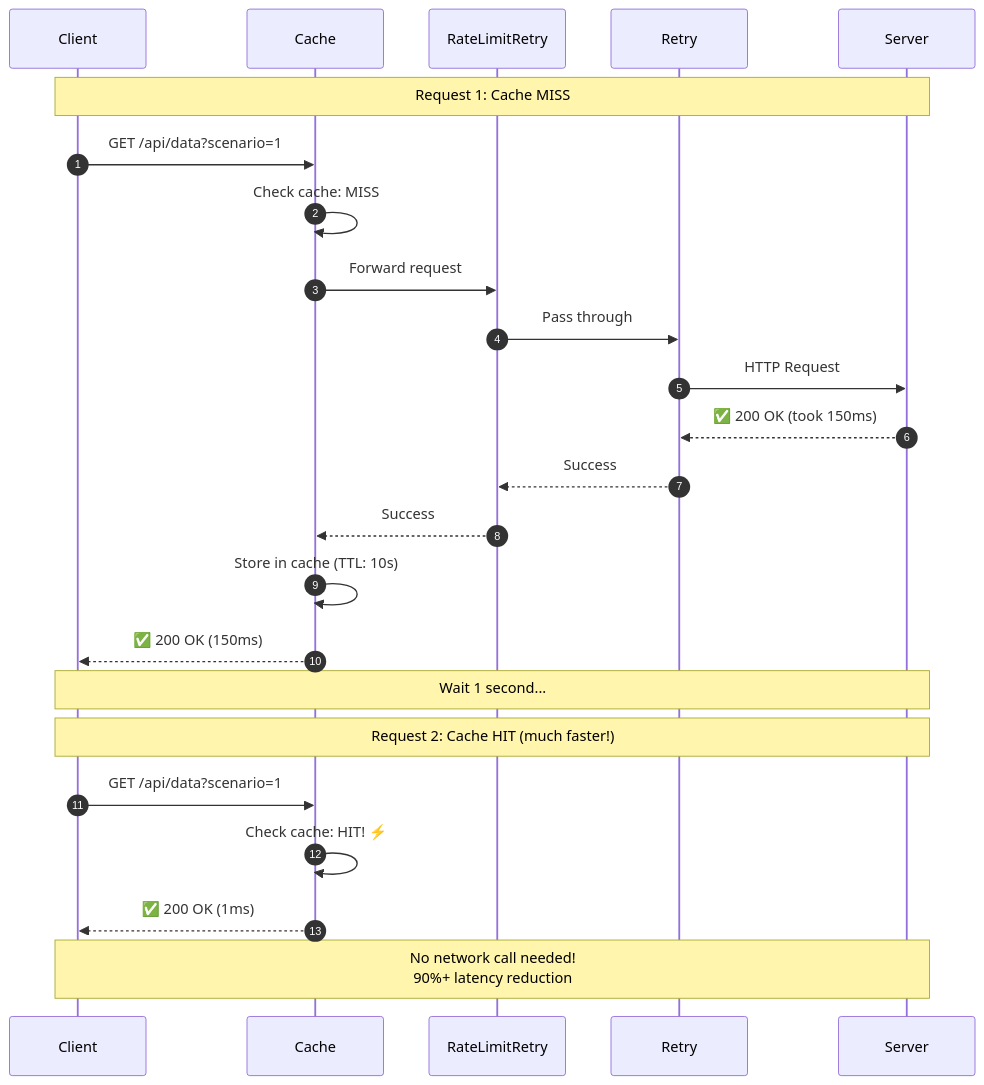
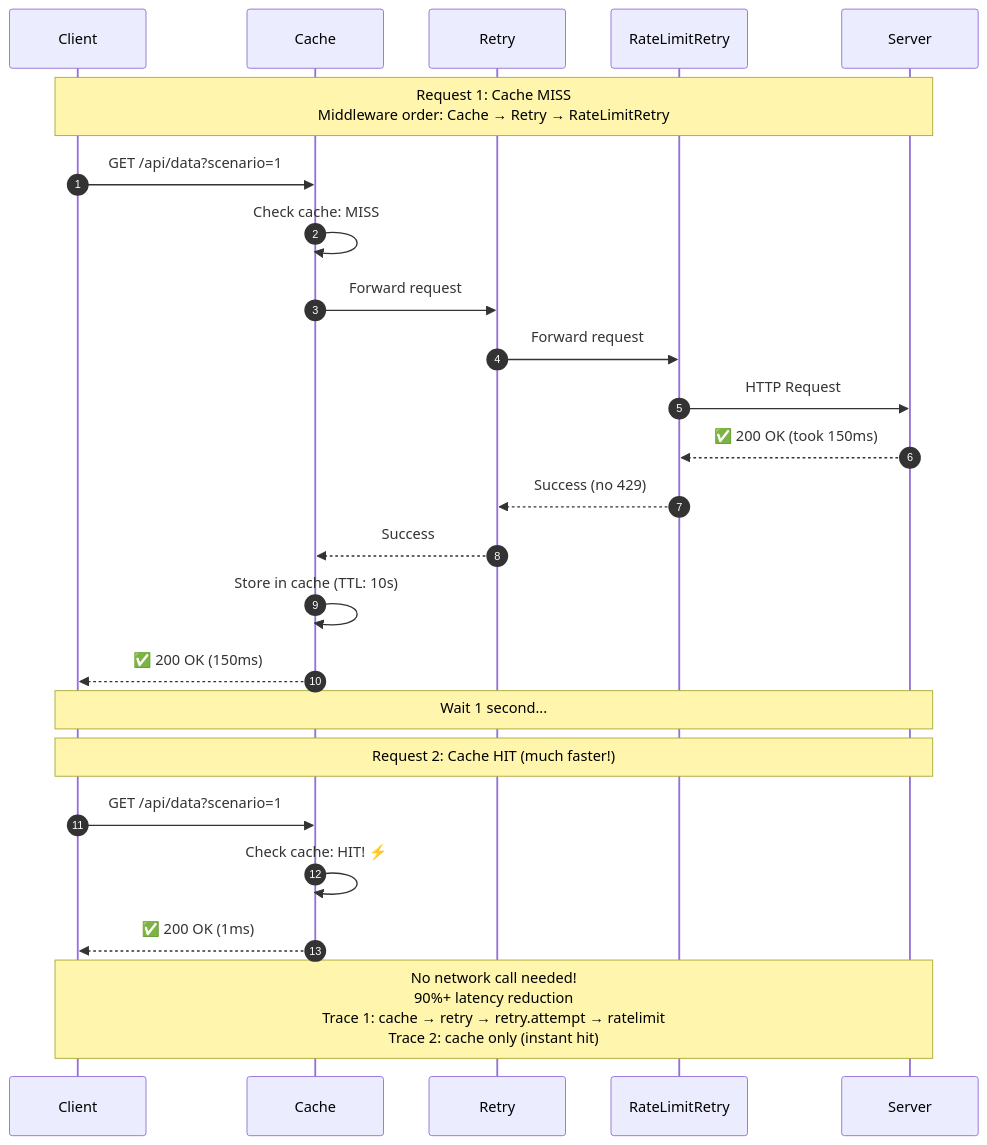
The diagram in diagrams/scenario-1-cache-demo.md (halyph/mindflow-http-middleware-patterns), drawn with Mermaid before and after one commit. The commit also changed 11 other files, not shown here.

Commit message:
updated middleware order

````diff
--- a/diagrams/scenario-1-cache-demo.md
+++ b/diagrams/scenario-1-cache-demo.md
@@ -3,32 +3,32 @@
 ```mermaid
 sequenceDiagram
     autonumber
     participant Client
     participant Cache
+    participant Retry
     participant RateLimitRetry
-    participant Retry
     participant Server
 
-    Note over Client,Server: Request 1: Cache MISS
+    Note over Client,Server: Request 1: Cache MISS<br/>Middleware order: Cache → Retry → RateLimitRetry
 
     Client->>Cache: GET /api/data?scenario=1
     Cache->>Cache: Check cache: MISS
-    Cache->>RateLimitRetry: Forward request
-    RateLimitRetry->>Retry: Pass through
-    Retry->>Server: HTTP Request
-    Server-->>Retry: ✅ 200 OK (took 150ms)
-    Retry-->>RateLimitRetry: Success
-    RateLimitRetry-->>Cache: Success
+    Cache->>Retry: Forward request
+    Retry->>RateLimitRetry: Forward request
+    RateLimitRetry->>Server: HTTP Request
+    Server-->>RateLimitRetry: ✅ 200 OK (took 150ms)
+    RateLimitRetry-->>Retry: Success (no 429)
+    Retry-->>Cache: Success
     Cache->>Cache: Store in cache (TTL: 10s)
     Cache-->>Client: ✅ 200 OK (150ms)
 
     Note over Client,Server: Wait 1 second...
 
     Note over Client,Server: Request 2: Cache HIT (much faster!)
 
     Client->>Cache: GET /api/data?scenario=1
     Cache->>Cache: Check cache: HIT! ⚡
     Cache-->>Client: ✅ 200 OK (1ms)
 
-    Note over Client,Server: No network call needed!<br/>90%+ latency reduction
+    Note over Client,Server: No network call needed!<br/>90%+ latency reduction<br/>Trace 1: cache → retry → retry.attempt → ratelimit<br/>Trace 2: cache only (instant hit)
 ```
````
